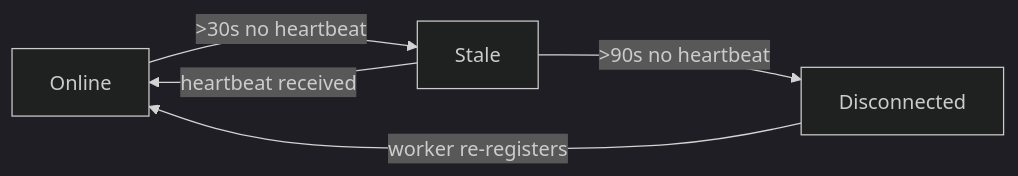
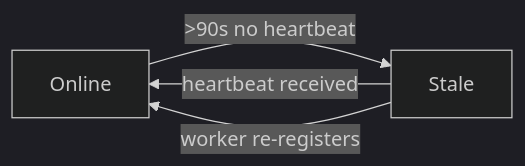
One commit to jinwon-int/a2a-nexus changed the diagram in packages/broker/docs/mobile-worker-runbook.md. Above: the diagram before and after it, drawn with Mermaid (dark theme). The commit also changed other lines of this file and 58 other files, not shown here.

````diff
--- a/packages/broker/docs/mobile-worker-runbook.md
+++ b/packages/broker/docs/mobile-worker-runbook.md
@@ -43,7 +43,6 @@
 ```mermaid
 graph LR
-    A[Online] -->|>30s no heartbeat| B[Stale]
+    A[Online] -->|>90s no heartbeat| B[Stale]
     B -->|heartbeat received| A
-    B -->|>90s no heartbeat| C[Disconnected]
-    C -->|worker re-registers| A
+    B -->|worker re-registers| A
 ```
````
